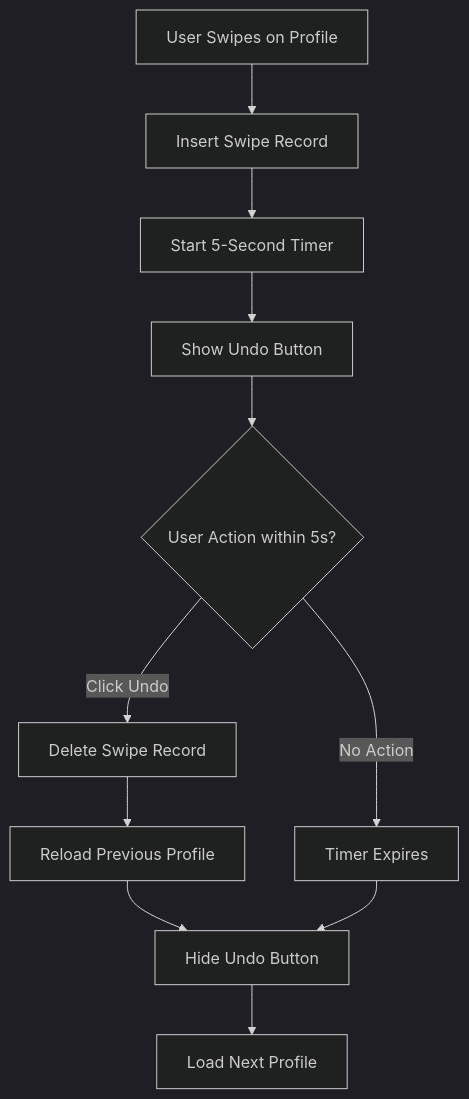
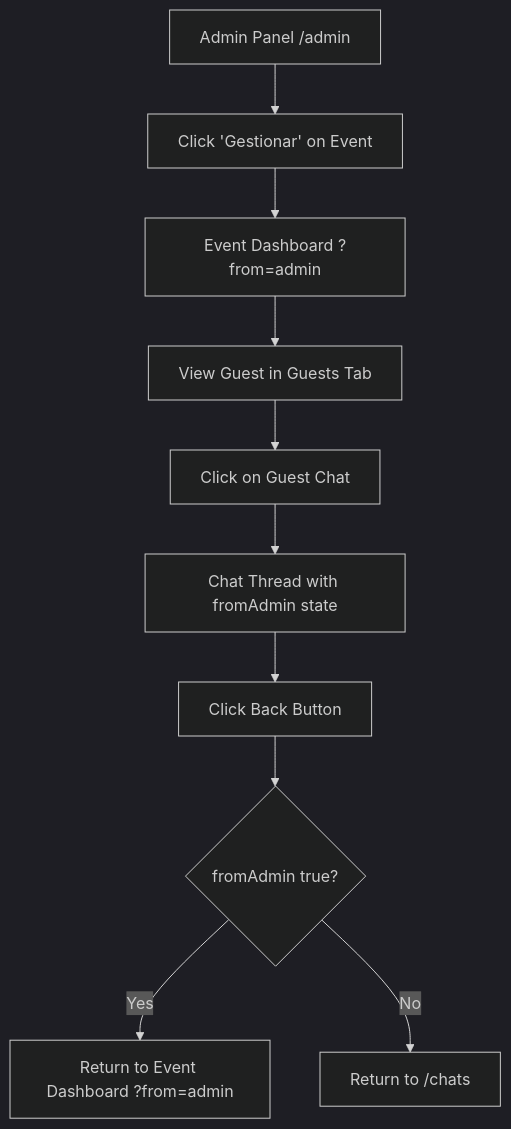
The sixth of 6 diagrams in PRODUCT_REQUIREMENTS_DOCUMENT.md (ketochiesesoyyo/konfetti-capacitor-integration), drawn with Mermaid (dark theme) before and after one commit. The commit also changed other lines of this file, not shown here.

````diff
--- a/PRODUCT_REQUIREMENTS_DOCUMENT.md
+++ b/PRODUCT_REQUIREMENTS_DOCUMENT.md
@@ -3407,13 +864,12 @@
 ```mermaid
 graph TD
-    A[User Swipes on Profile] --> B[Insert Swipe Record]
-    B --> C[Start 5-Second Timer]
-    C --> D[Show Undo Button]
-    D --> E{User Action within 5s?}
-    E -->|Click Undo| F[Delete Swipe Record]
-    E -->|No Action| G[Timer Expires]
-    F --> H[Reload Previous Profile]
-    H --> I[Hide Undo Button]
-    G --> I
-    I --> J[Load Next Profile]
+    A[Admin Panel /admin] --> B[Click 'Gestionar' on Event]
+    B --> C[Event Dashboard ?from=admin]
+    C --> D[View Guest in Guests Tab]
+    D --> E[Click on Guest Chat]
+    E --> F[Chat Thread with fromAdmin state]
+    F --> G[Click Back Button]
+    G --> H{fromAdmin true?}
+    H -->|Yes| I[Return to Event Dashboard ?from=admin]
+    H -->|No| J[Return to /chats]
 ```
````
